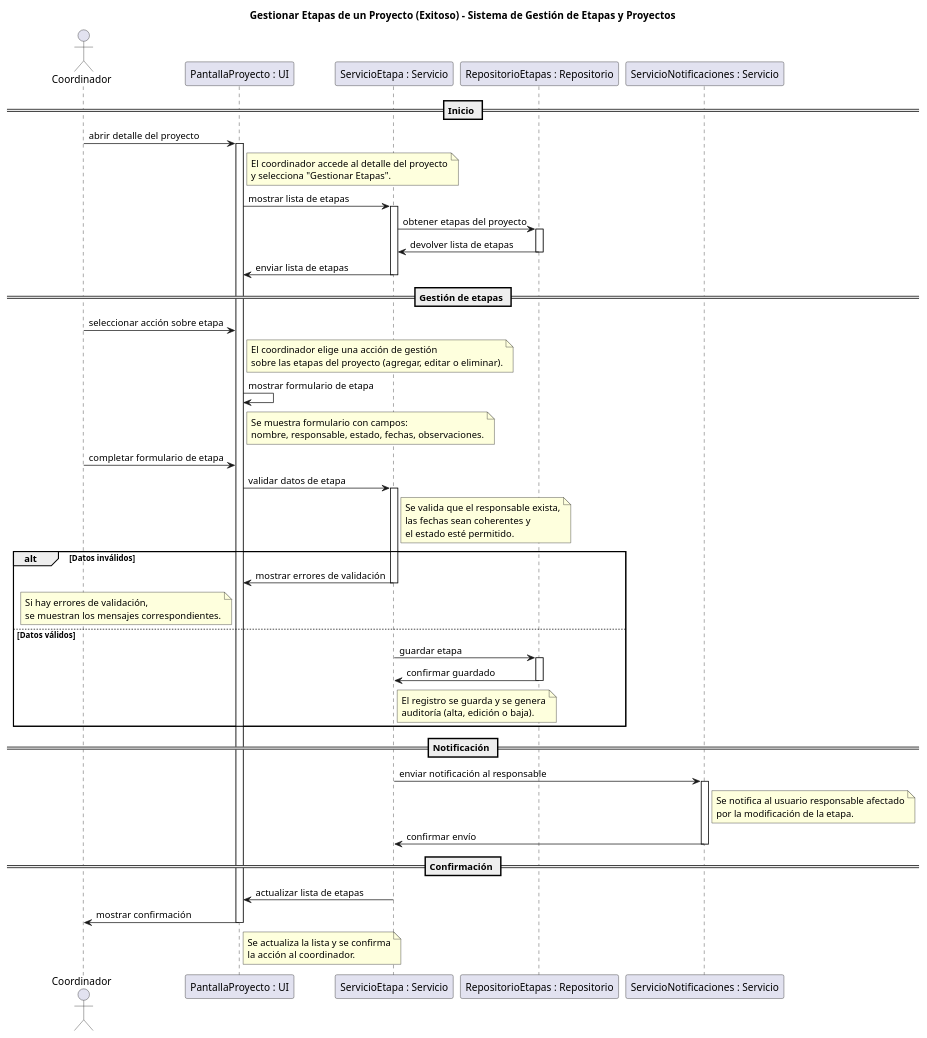
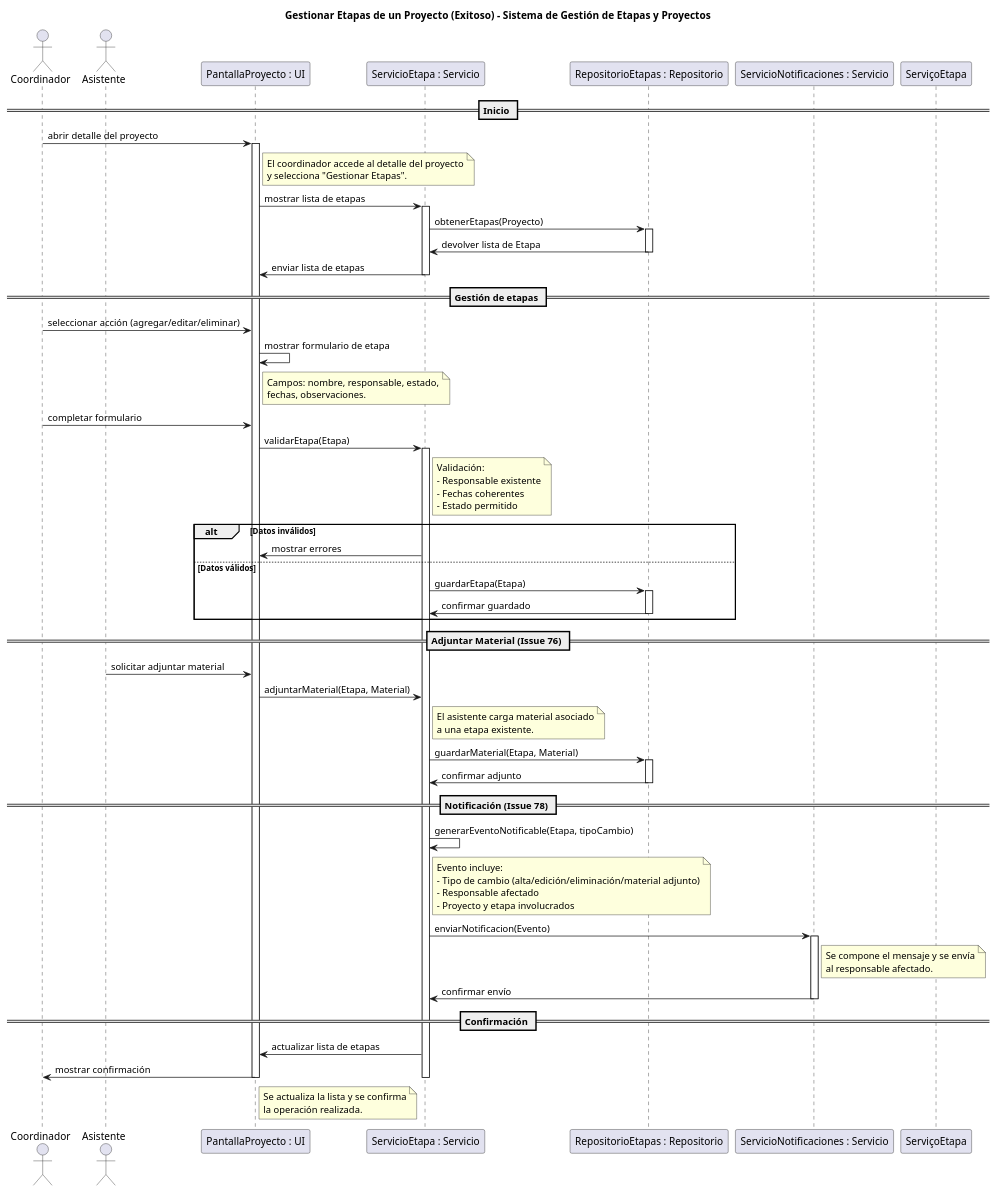
One commit to GonzaloBarbano/SistemaProductoraVideos changed the diagram in diagramas/05-diagramas-secuencia/05-gestionar-etapas-gestionar-etapas-de-un-proyecto-exitoso-02.puml. Above: the diagram before and after it, drawn with PlantUML. The commit also changed 27 other files, not shown here.

```diff
--- a/diagramas/05-diagramas-secuencia/05-gestionar-etapas-gestionar-etapas-de-un-proyecto-exitoso-02.puml
+++ b/diagramas/05-diagramas-secuencia/05-gestionar-etapas-gestionar-etapas-de-un-proyecto-exitoso-02.puml
@@ -1,89 +1,100 @@
 @startuml
 title Gestionar Etapas de un Proyecto (Exitoso) - Sistema de Gestión de Etapas y Proyectos
 
 actor Coordinador
+actor Asistente
 participant "PantallaProyecto : UI" as PantallaProyecto
 participant "ServicioEtapa : Servicio" as ServicioEtapa
 participant "RepositorioEtapas : Repositorio" as RepositorioEtapas
 participant "ServicioNotificaciones : Servicio" as ServicioNotificaciones
 
 == Inicio ==
 Coordinador -> PantallaProyecto : abrir detalle del proyecto
 activate PantallaProyecto
 note right of PantallaProyecto
 El coordinador accede al detalle del proyecto
 y selecciona "Gestionar Etapas".
 end note
 
 PantallaProyecto -> ServicioEtapa : mostrar lista de etapas
 activate ServicioEtapa
-ServicioEtapa -> RepositorioEtapas : obtener etapas del proyecto
+ServicioEtapa -> RepositorioEtapas : obtenerEtapas(Proyecto)
 activate RepositorioEtapas
-RepositorioEtapas -> ServicioEtapa : devolver lista de etapas
+RepositorioEtapas -> ServicioEtapa : devolver lista de Etapa
 deactivate RepositorioEtapas
 ServicioEtapa -> PantallaProyecto : enviar lista de etapas
 deactivate ServicioEtapa
 
 == Gestión de etapas ==
-Coordinador -> PantallaProyecto : seleccionar acción sobre etapa
-note right of PantallaProyecto
-El coordinador elige una acción de gestión
-sobre las etapas del proyecto (agregar, editar o eliminar).
-end note
+Coordinador -> PantallaProyecto : seleccionar acción (agregar/editar/eliminar)
 
 PantallaProyecto -> PantallaProyecto : mostrar formulario de etapa
 note right of PantallaProyecto
-Se muestra formulario con campos:
-nombre, responsable, estado, fechas, observaciones.
+Campos: nombre, responsable, estado,
+fechas, observaciones.
 end note
 
-Coordinador -> PantallaProyecto : completar formulario de etapa
-PantallaProyecto -> ServicioEtapa : validar datos de etapa
+Coordinador -> PantallaProyecto : completar formulario
+PantallaProyecto -> ServicioEtapa : validarEtapa(Etapa)
 activate ServicioEtapa
 note right of ServicioEtapa
-Se valida que el responsable exista,
-las fechas sean coherentes y
-el estado esté permitido.
+Validación:
+- Responsable existente
+- Fechas coherentes
+- Estado permitido
 end note
 
 alt Datos inválidos
-    ServicioEtapa -> PantallaProyecto : mostrar errores de validación
-    note left of PantallaProyecto
-Si hay errores de validación,
-se muestran los mensajes correspondientes.
-end note
-    deactivate ServicioEtapa
+    ServicioEtapa -> PantallaProyecto : mostrar errores
+    deactivate ServiçoEtapa
 
 else Datos válidos
-    ServicioEtapa -> RepositorioEtapas : guardar etapa
+    ServicioEtapa -> RepositorioEtapas : guardarEtapa(Etapa)
     activate RepositorioEtapas
     RepositorioEtapas -> ServicioEtapa : confirmar guardado
     deactivate RepositorioEtapas
-    note right of ServicioEtapa
-El registro se guarda y se genera
-auditoría (alta, edición o baja).
-end note
 end
 
-== Notificación ==
-ServicioEtapa -> ServicioNotificaciones : enviar notificación al responsable
+== Adjuntar Material (Issue 76) ==
+Asistente -> PantallaProyecto : solicitar adjuntar material
+PantallaProyecto -> ServicioEtapa : adjuntarMaterial(Etapa, Material)
+note right of ServicioEtapa
+El asistente carga material asociado
+a una etapa existente.
+end note
+
+ServicioEtapa -> RepositorioEtapas : guardarMaterial(Etapa, Material)
+activate RepositorioEtapas
+RepositorioEtapas -> ServicioEtapa : confirmar adjunto
+deactivate RepositorioEtapas
+
+== Notificación (Issue 78) ==
+ServicioEtapa -> ServicioEtapa : generarEventoNotificable(Etapa, tipoCambio)
+note right of ServicioEtapa
+Evento incluye:
+- Tipo de cambio (alta/edición/eliminación/material adjunto)
+- Responsable afectado
+- Proyecto y etapa involucrados
+end note
+
+ServicioEtapa -> ServicioNotificaciones : enviarNotificacion(Evento)
 activate ServicioNotificaciones
 note right of ServicioNotificaciones
-Se notifica al usuario responsable afectado
-por la modificación de la etapa.
+Se compone el mensaje y se envía
+al responsable afectado.
 end note
 ServicioNotificaciones -> ServicioEtapa : confirmar envío
 deactivate ServicioNotificaciones
 
 == Confirmación ==
 ServicioEtapa -> PantallaProyecto : actualizar lista de etapas
 PantallaProyecto -> Coordinador : mostrar confirmación
 note right of PantallaProyecto
 Se actualiza la lista y se confirma
-la acción al coordinador.
+la operación realizada.
 end note
 
 deactivate ServicioEtapa
 deactivate PantallaProyecto
 
 @enduml
```
